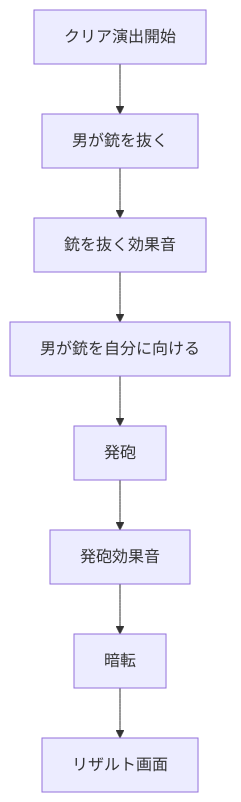
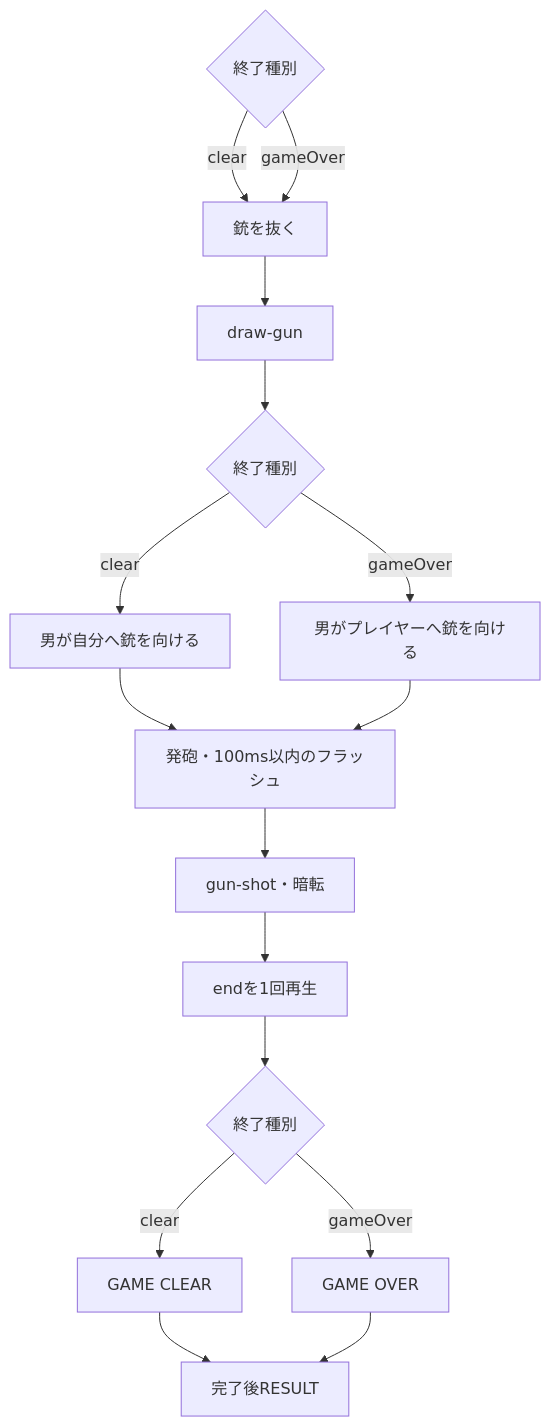
One commit to lycanthr0pes/language-deciphering-game changed diagram 12 of 13 in docs/project-flow.md. Above: the diagram before and after it, drawn with Mermaid. The commit also changed other lines of this file and 12 other files, not shown here.

````diff
--- a/docs/project-flow.md
+++ b/docs/project-flow.md
@@ -242,10 +242,18 @@
 ```mermaid
 flowchart TD
-    A[クリア演出開始] --> B[男が銃を抜く]
-    B --> C[銃を抜く効果音]
-    C --> D[男が銃を自分に向ける]
-    D --> E[発砲]
-    E --> F[発砲効果音]
-    F --> G[暗転]
-    G --> H[リザルト画面]
+    A{終了種別} -->|clear| B[銃を抜く]
+    A -->|gameOver| B
+    B --> C[draw-gun]
+    C --> D{終了種別}
+    D -->|clear| E[男が自分へ銃を向ける]
+    D -->|gameOver| F[男がプレイヤーへ銃を向ける]
+    E --> G[発砲・100ms以内のフラッシュ]
+    F --> G
+    G --> H[gun-shot・暗転]
+    H --> I[endを1回再生]
+    I --> J{終了種別}
+    J -->|clear| K[GAME CLEAR]
+    J -->|gameOver| L[GAME OVER]
+    K --> M[完了後RESULT]
+    L --> M
 ```
````
